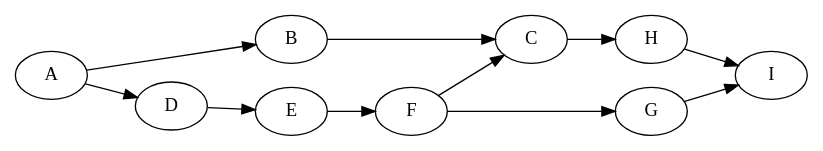
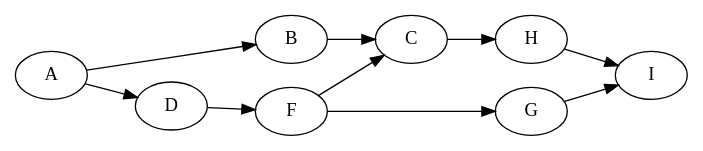
Before and after one commit to gianlu01/MinimumPathCover: the diagram in notebook/Grafi/Grafo 1.dot, drawn with Graphviz. The commit also changed 21 other files, not shown here.

```diff
--- a/notebook/Grafi/Grafo 1.dot
+++ b/notebook/Grafi/Grafo 1.dot
@@ -1,13 +1,12 @@
 digraph{
     rankdir=LR
     A -> B
     A -> D
     B -> C
     C -> H
-    D -> E
-    E -> F
+    D -> F
     F -> G
     F -> C
     G -> I
     H -> I
 }
```
